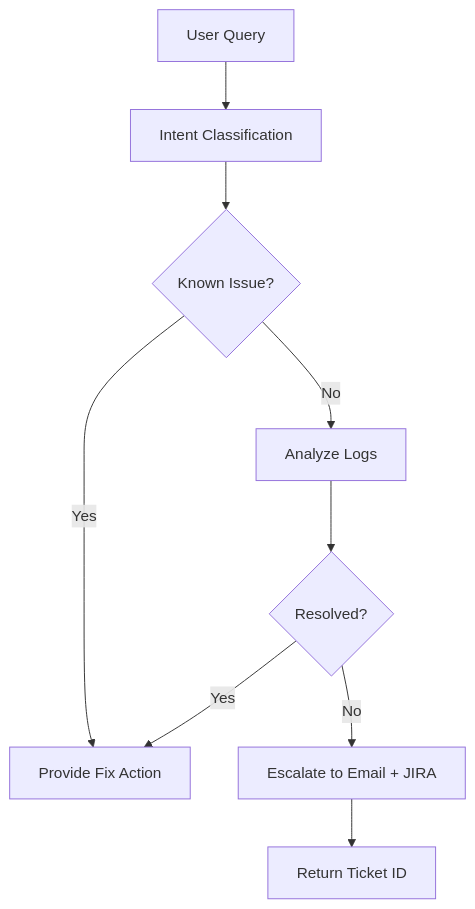
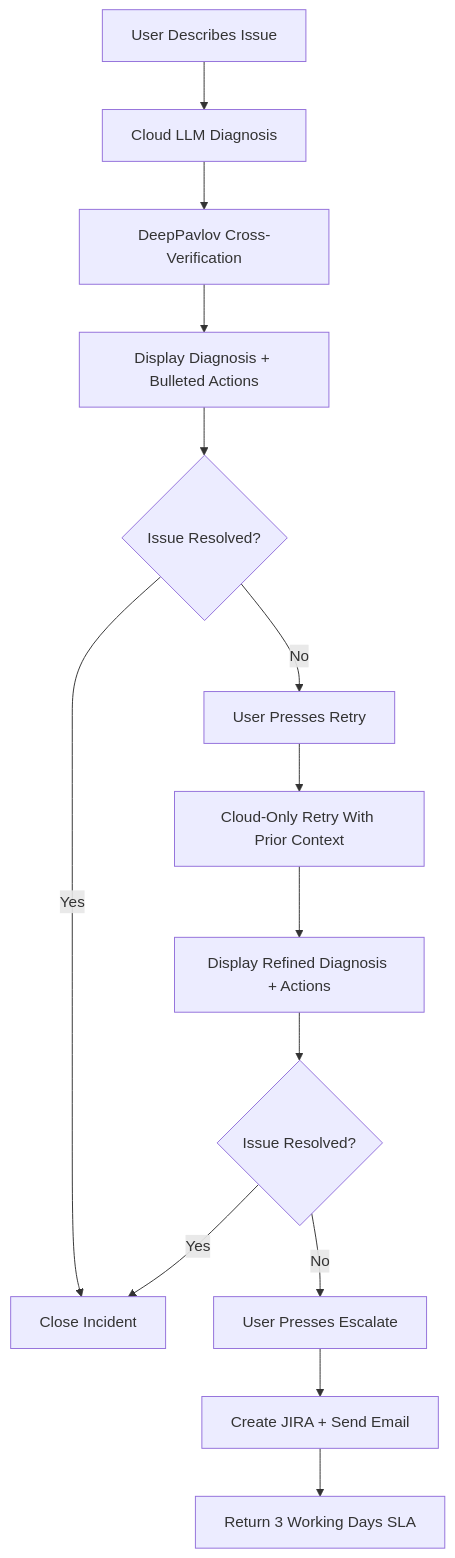
Before and after one commit to winitramesh2/AegisAgent: the second of 3 diagrams in docs/DIAGRAMS.md, drawn with Mermaid. The commit also changed other lines of this file and 4 other files, not shown here.

Commit message:
Document cloud-first support workflow and retry/escalation path

````diff
--- a/docs/DIAGRAMS.md
+++ b/docs/DIAGRAMS.md
@@ -29,11 +32,16 @@
 ```mermaid
 flowchart TD
-  Start[User Query] --> Intent[Intent Classification]
-  Intent --> Known{Known Issue?}
-  Known -->|Yes| Fix[Provide Fix Action]
-  Known -->|No| Logs[Analyze Logs]
-  Logs --> Resolved{Resolved?}
-  Resolved -->|Yes| Fix
-  Resolved -->|No| Escalate[Escalate to Email + JIRA]
-  Escalate --> End[Return Ticket ID]
+  Start[User Describes Issue] --> Cloud[Cloud LLM Diagnosis]
+  Cloud --> Local[DeepPavlov Cross-Verification]
+  Local --> Guided[Display Diagnosis + Bulleted Actions]
+  Guided --> Fixed{Issue Resolved?}
+  Fixed -->|Yes| End[Close Incident]
+  Fixed -->|No| Retry[User Presses Retry]
+  Retry --> CloudRetry[Cloud-Only Retry With Prior Context]
+  CloudRetry --> Guided2[Display Refined Diagnosis + Actions]
+  Guided2 --> Fixed2{Issue Resolved?}
+  Fixed2 -->|Yes| End
+  Fixed2 -->|No| Escalate[User Presses Escalate]
+  Escalate --> Ticket[Create JIRA + Send Email]
+  Ticket --> SLA[Return 3 Working Days SLA]
 ```
````
